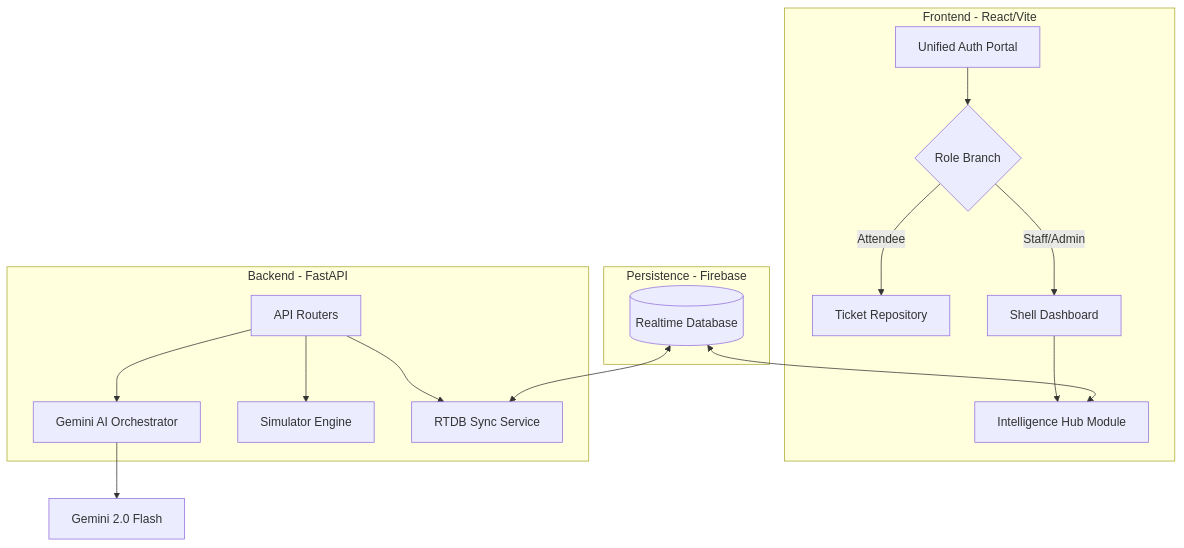
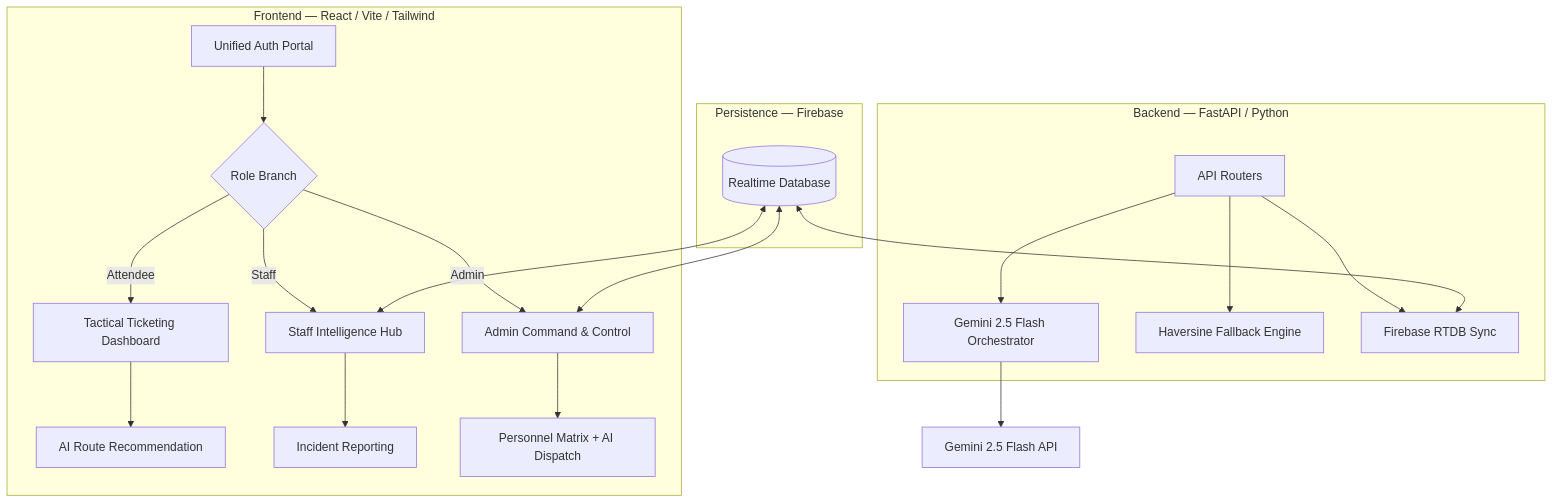
One commit to OlixIgnacious/VenueFlow changed the diagram in README.md. Above: the diagram before and after it, drawn with Mermaid. The commit also changed other lines of this file and 1 other file, not shown here.

Commit message:
Docs & Data: Update README with full credential/setup docs and fix seed passwords to meet validation criteria

````diff
--- a/README.md
+++ b/README.md
@@ -16,22 +19,26 @@
 ```mermaid
 graph TD
-    subgraph Client [Frontend - React/Vite]
+    subgraph Client [Frontend — React / Vite / Tailwind]
         A[Unified Auth Portal] --> B{Role Branch}
-        B -- Attendee --> C[Ticket Repository]
-        B -- Staff/Admin --> D[Shell Dashboard]
-        D --> E[Intelligence Hub Module]
+        B -- Attendee --> C[Tactical Ticketing Dashboard]
+        B -- Staff --> D[Staff Intelligence Hub]
+        B -- Admin --> E[Admin Command & Control]
+        C --> F[AI Route Recommendation]
+        D --> G[Incident Reporting]
+        E --> H[Personnel Matrix + AI Dispatch]
     end
 
-    subgraph Logic [Backend - FastAPI]
-        F[API Routers] --> G[Gemini AI Orchestrator]
-        F --> H[Simulator Engine]
-        F --> I[RTDB Sync Service]
+    subgraph Logic [Backend — FastAPI / Python]
+        I[API Routers] --> J[Gemini 2.5 Flash Orchestrator]
+        I --> K[Haversine Fallback Engine]
+        I --> L[Firebase RTDB Sync]
     end
 
-    subgraph Data [Persistence - Firebase]
-        J[(Realtime Database)] <--> I
-        J <--> E
+    subgraph Data [Persistence — Firebase]
+        M[(Realtime Database)] <--> L
+        M <--> D
+        M <--> E
     end
 
-    G --> K[Gemini 2.0 Flash]
+    J --> N[Gemini 2.5 Flash API]
 ```
````
